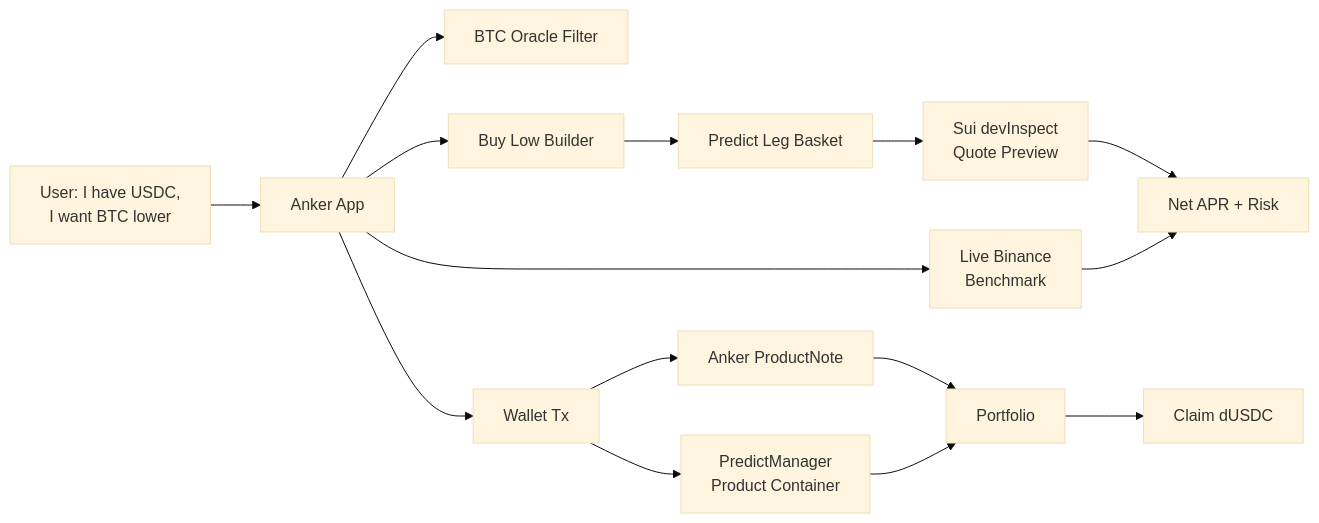
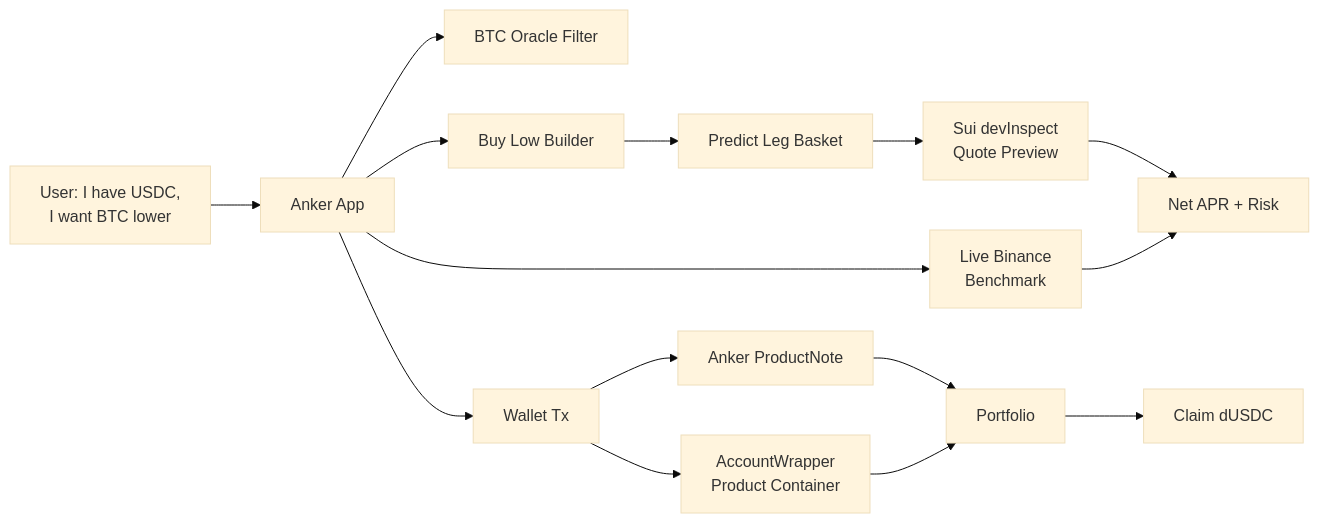
Before and after one commit to cl-fi/AnkerProtocol: the diagram in README.md, drawn with Mermaid (base theme). The commit also changed other lines of this file, not shown here.

````diff
--- a/README.md
+++ b/README.md
@@ -201,17 +184,17 @@
 ```mermaid
 flowchart LR
   A["User: I have USDC,<br/>I want BTC lower"] --> B["Anker App"]
   B --> C["BTC Oracle Filter"]
   B --> D["Buy Low Builder"]
   D --> E["Predict Leg Basket"]
   E --> F["Sui devInspect<br/>Quote Preview"]
   F --> G["Net APR + Risk"]
   B --> X["Live Binance<br/>Benchmark"]
   X --> G
   B --> H["Wallet Tx"]
-  H --> I["PredictManager<br/>Product Container"]
+  H --> I["AccountWrapper<br/>Product Container"]
   H --> J["Anker ProductNote"]
   J --> K["Portfolio"]
   I --> K
   K --> L["Claim dUSDC"]
 ```
````
